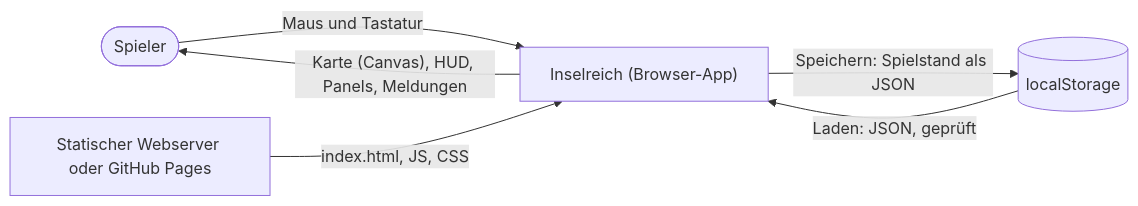
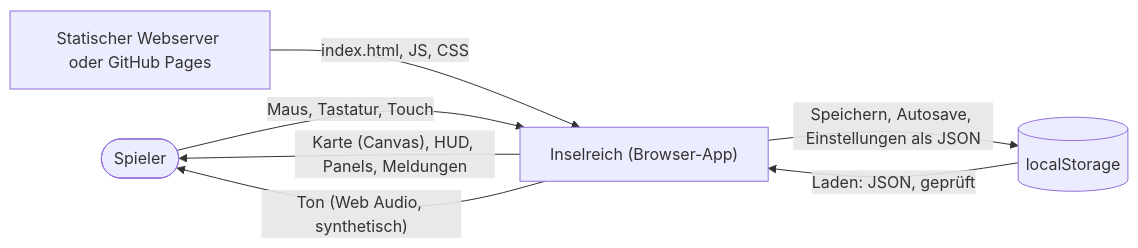
Before and after one commit to konstantinniedermann/Inselreich: the first of 7 diagrams in docs/arc42.md, drawn with Mermaid. The commit also changed other lines of this file and 8 other files, not shown here.

````diff
--- a/docs/arc42.md
+++ b/docs/arc42.md
@@ -47,12 +52,13 @@
 ```mermaid
 flowchart LR
   Spieler([Spieler])
   App["Inselreich (Browser-App)"]
   LS[("localStorage")]
   Host["Statischer Webserver oder GitHub Pages"]
-  Spieler -->|"Maus und Tastatur"| App
+  Spieler -->|"Maus, Tastatur, Touch"| App
   App -->|"Karte (Canvas), HUD, Panels, Meldungen"| Spieler
-  App -->|"Speichern: Spielstand als JSON"| LS
+  App -->|"Ton (Web Audio, synthetisch)"| Spieler
+  App -->|"Speichern, Autosave, Einstellungen als JSON"| LS
   LS -->|"Laden: JSON, geprüft"| App
   Host -->|"index.html, JS, CSS"| App
 ```
````
